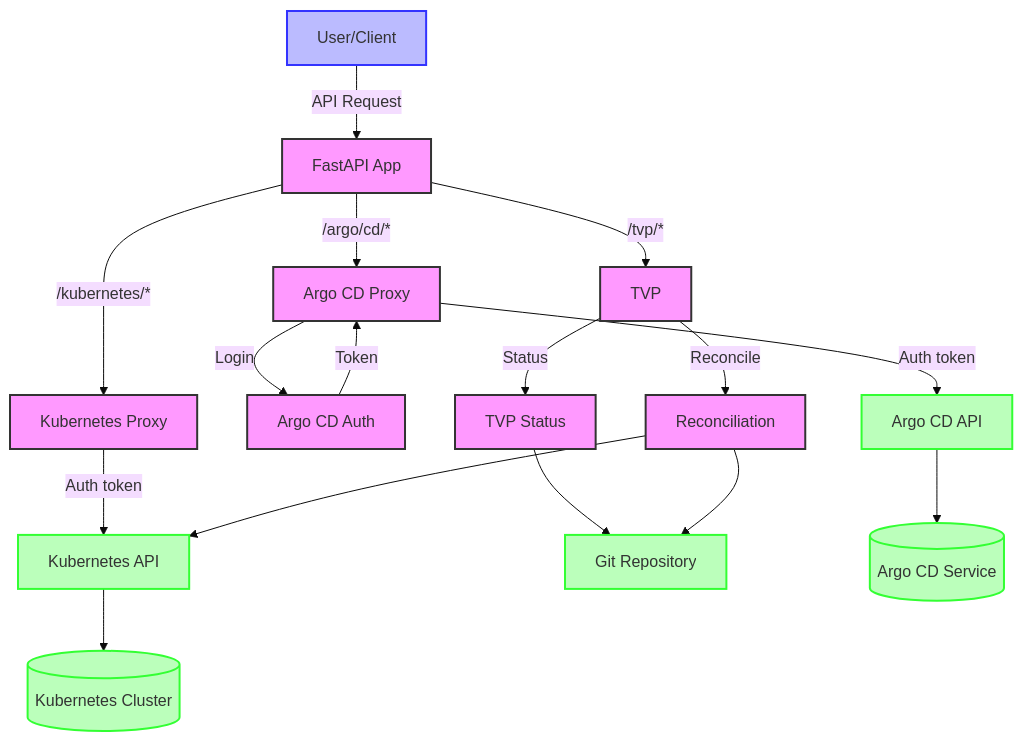
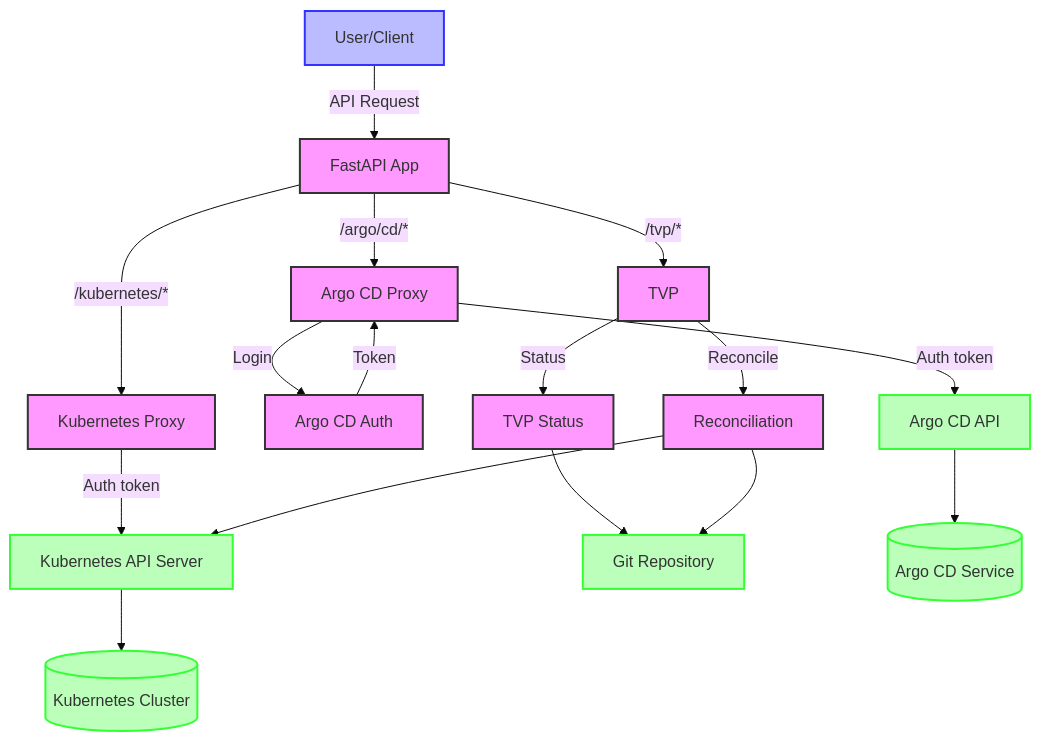
The diagram in fastapi/mermaid/data-flow-diagram.mermaid (lloydchang/tvp-k8s), drawn with Mermaid (base theme) before and after one commit. The commit also changed 3 other files, not shown here.

```diff
--- a/fastapi/mermaid/data-flow-diagram.mermaid
+++ b/fastapi/mermaid/data-flow-diagram.mermaid
@@ -1,29 +1,29 @@
 flowchart TD
     User[User/Client] -->|API Request| API[FastAPI App]
     
     API -->|/kubernetes/*| KP[Kubernetes Proxy]
     API -->|/argo/cd/*| AP[Argo CD Proxy]
     API -->|/tvp/*| TVP[TVP]
     
-    KP -->|Auth token| KA[Kubernetes API]
+    KP -->|Auth token| KA[Kubernetes API Server]
     AP -->|Login| Auth[Argo CD Auth]
     Auth -->|Token| AP
     AP -->|Auth token| AA[Argo CD API]
     
     TVP -->|Status| TS[TVP Status]
     TVP -->|Reconcile| R[Reconciliation]
     
     TS --> Git[Git Repository]
     R --> Git
     R --> KA
     
     KA --> Kubernetes[(Kubernetes Cluster)]
     AA --> ArgoCD[(Argo CD Service)]
     
     classDef user fill:#bbf,stroke:#33f,stroke-width:2px
     classDef app fill:#f9f,stroke:#333,stroke-width:2px
     classDef external fill:#bfb,stroke:#3f3,stroke-width:2px
     
     class User user
     class API,KP,AP,TVP,TS,R,Auth app
     class Kubernetes,ArgoCD,Git,KA,AA external
```
